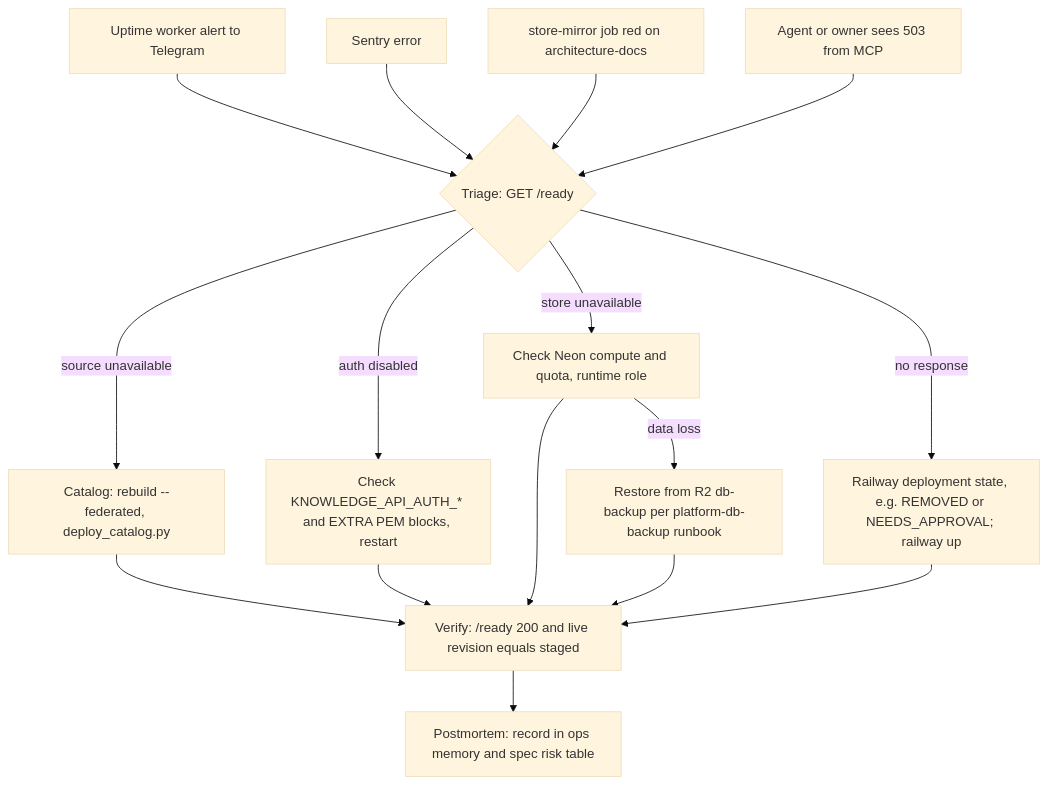
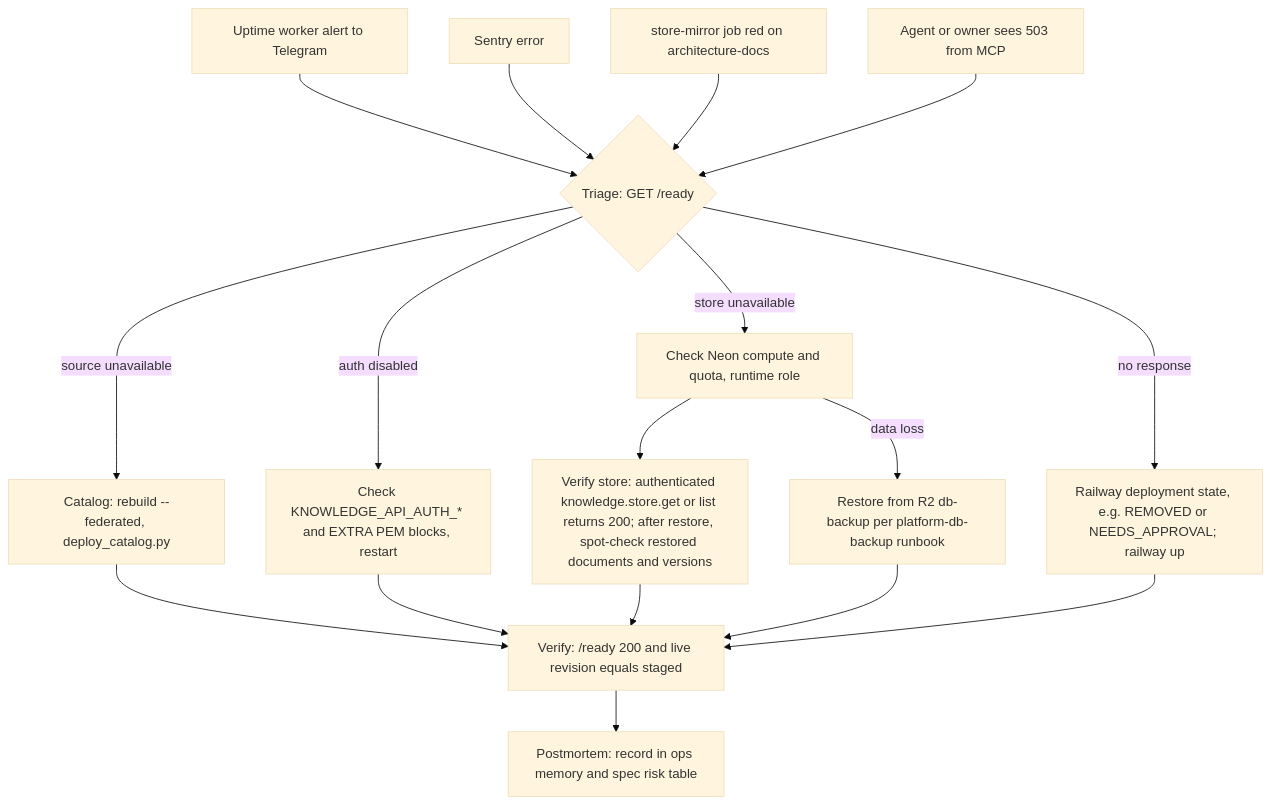
The diagram in docs/diagrams/21-incident-response.md (bookchaowalit/platform-knowledge-api), drawn with Mermaid (base theme) before and after one commit.

Commit message:
docs: correct Core 22 pack per Codex review

````diff
--- a/docs/diagrams/21-incident-response.md
+++ b/docs/diagrams/21-incident-response.md
@@ -5,19 +5,20 @@
 ```mermaid
 flowchart TD
   A1["Uptime worker alert to Telegram"] --> TRI
   A2["Sentry error"] --> TRI
   A3["store-mirror job red on architecture-docs"] --> TRI
   A4["Agent or owner sees 503 from MCP"] --> TRI
   TRI{"Triage: GET /ready"}
   TRI -->|"source unavailable"| F1["Catalog: rebuild --federated, deploy_catalog.py"]
   TRI -->|"auth disabled"| F2["Check KNOWLEDGE_API_AUTH_* and EXTRA PEM blocks, restart"]
   TRI -->|"store unavailable"| F3["Check Neon compute and quota, runtime role"]
   TRI -->|"no response"| F4["Railway deployment state, e.g. REMOVED or NEEDS_APPROVAL; railway up"]
   F1 --> V["Verify: /ready 200 and live revision equals staged"]
   F2 --> V
-  F3 --> V
+  F3 --> V3["Verify store: authenticated knowledge.store.get or list returns 200; after restore, spot-check restored documents and versions"]
+  V3 --> V
   F4 --> V
   V --> PM["Postmortem: record in ops memory and spec risk table"]
   F3 -->|"data loss"| RS["Restore from R2 db-backup per platform-db-backup runbook"]
   RS --> V
 ```
````
